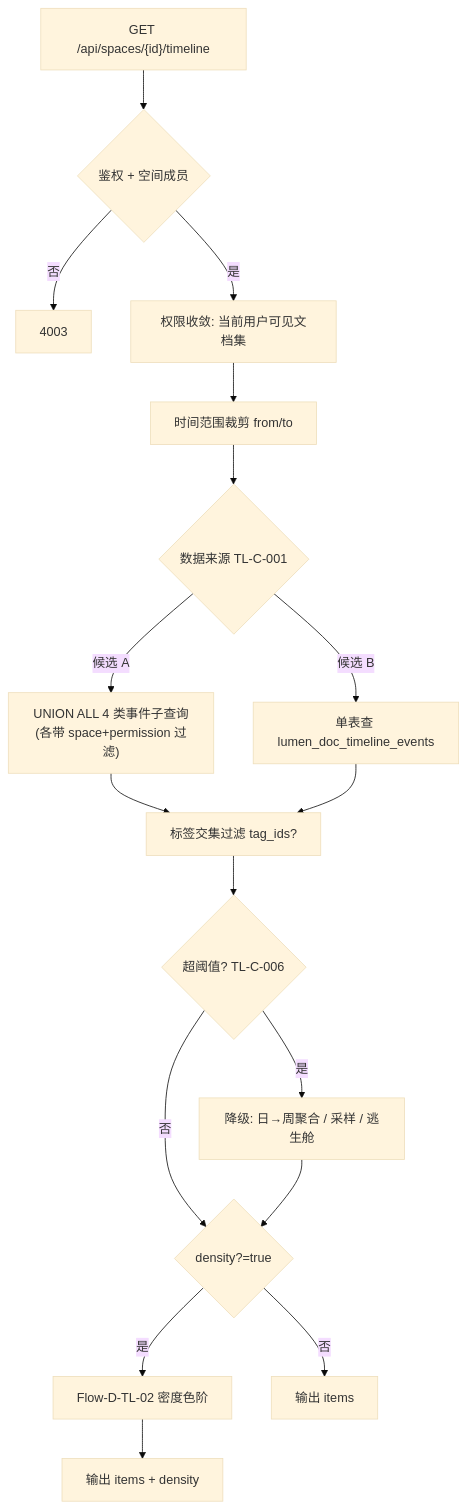
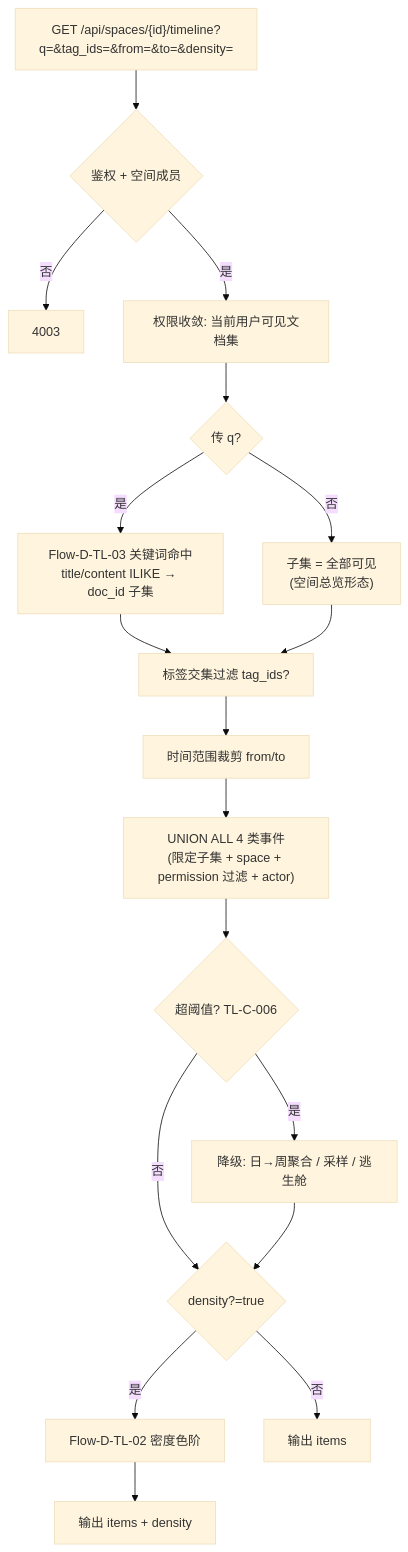
The diagram in docs/design/timeline.md (emily8421/LUMEN-DEMO), drawn with Mermaid (base theme) before and after one commit. The commit also changed other lines of this file and 8 other files, not shown here.

First line of the commit message:
docs: timeline 重定位为主题时间线 + 全链同步 + PG-P2-008 冲突修复 (#101)

````diff
--- a/docs/design/timeline.md
+++ b/docs/design/timeline.md
@@ -85,19 +102,20 @@
 ```mermaid
 flowchart TD
-  req["GET /api/spaces/{id}/timeline"] --> auth{"鉴权 + 空间成员"}
+  req["GET /api/spaces/{id}/timeline?q=&tag_ids=&from=&to=&density="] --> auth{"鉴权 + 空间成员"}
   auth -->|否| e4003["4003"]
   auth -->|是| perm["权限收敛: 当前用户可见文档集"]
-  perm --> win["时间范围裁剪 from/to"]
-  win --> src{"数据来源 TL-C-001"}
-  src -->|候选 A| union["UNION ALL 4 类事件子查询<br/>(各带 space+permission 过滤)"]
-  src -->|候选 B| single["单表查 lumen_doc_timeline_events"]
-  union --> filt["标签交集过滤 tag_ids?"]
-  single --> filt
-  filt --> big{"超阈值? TL-C-006"}
+  perm --> kw{"传 q?"}
+  kw -->|是| match["Flow-D-TL-03 关键词命中<br/>title/content ILIKE → doc_id 子集"]
+  kw -->|否| all["子集 = 全部可见<br/>(空间总览形态)"]
+  match --> tagf["标签交集过滤 tag_ids?"]
+  all --> tagf
+  tagf --> win["时间范围裁剪 from/to"]
+  win --> union["UNION ALL 4 类事件<br/>(限定子集 + space + permission 过滤 + actor)"]
+  union --> big{"超阈值? TL-C-006"}
   big -->|是| deg["降级: 日→周聚合 / 采样 / 逃生舱"]
   big -->|否| dense{"density?=true"}
   deg --> dense
   dense -->|是| calc["Flow-D-TL-02 密度色阶"]
   dense -->|否| out["输出 items"]
   calc --> out2["输出 items + density"]
 ```
````
